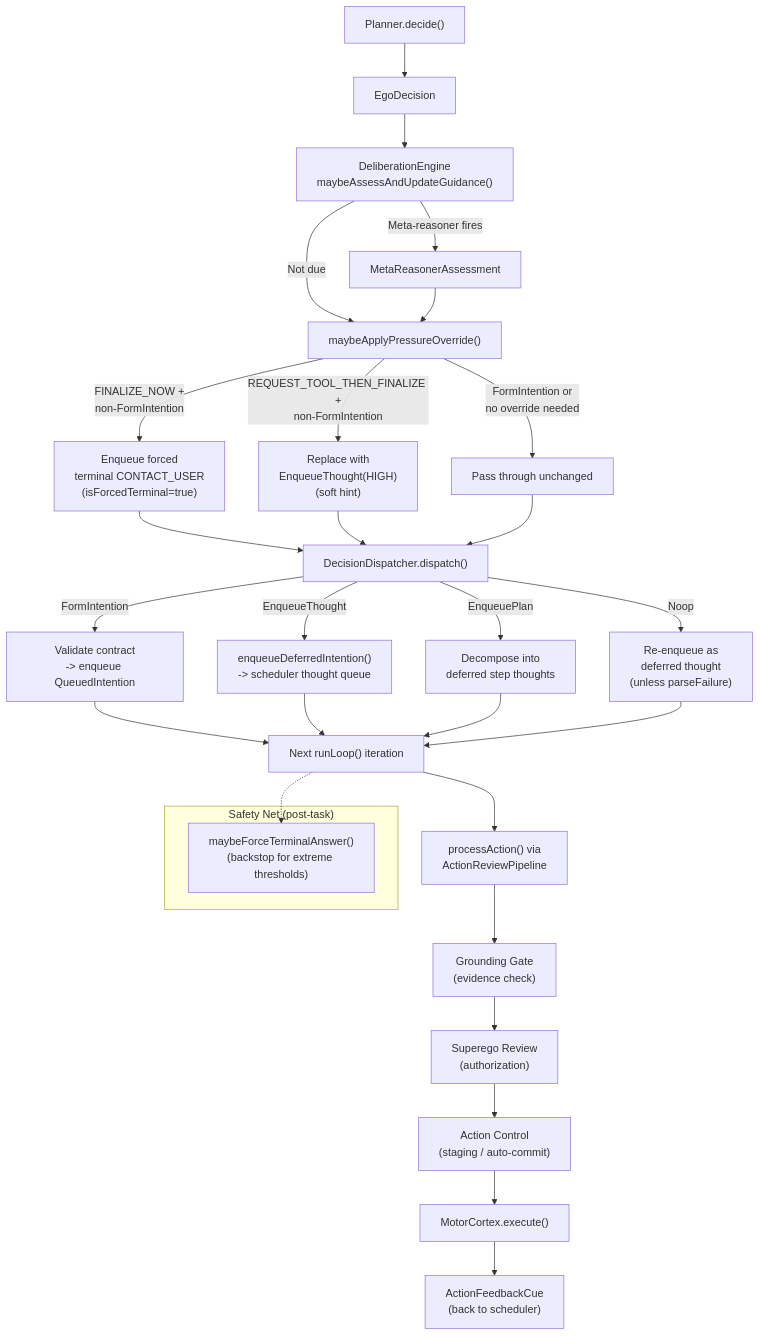
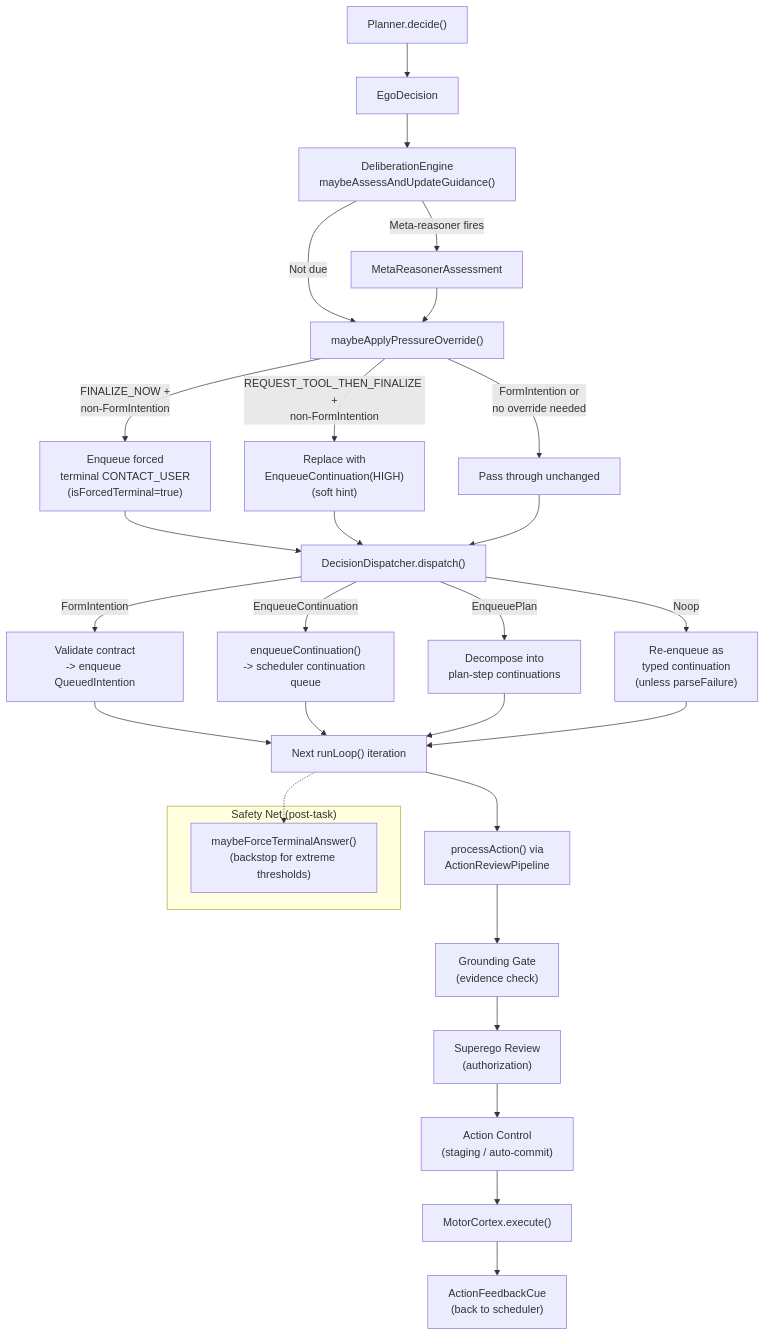
The fourth of 5 diagrams in docs/PLANNER_FLOW_DIAGRAM.md (neopsyke/NeoPsyke), drawn with Mermaid before and after one commit. The commit also changed other lines of this file and 75 other files, not shown here.

Commit message:
refactor(ego): replace deferred intentions with continuations

````diff
--- a/docs/PLANNER_FLOW_DIAGRAM.md
+++ b/docs/PLANNER_FLOW_DIAGRAM.md
@@ -190,45 +193,45 @@
 ```mermaid
 flowchart TB
     planner["Planner.decide()"] --> decision["EgoDecision"]
 
     decision --> meta["DeliberationEngine<br/>maybeAssessAndUpdateGuidance()"]
     meta -->|"Meta-reasoner fires"| assessment["MetaReasonerAssessment"]
     meta -->|"Not due"| override
 
     assessment --> override["maybeApplyPressureOverride()"]
 
     override -->|"FINALIZE_NOW +<br/>non-FormIntention"| forced["Enqueue forced<br/>terminal CONTACT_USER<br/>(isForcedTerminal=true)"]
-    override -->|"REQUEST_TOOL_THEN_FINALIZE +<br/>non-FormIntention"| soft["Replace with<br/>EnqueueThought(HIGH)<br/>(soft hint)"]
+    override -->|"REQUEST_TOOL_THEN_FINALIZE +<br/>non-FormIntention"| soft["Replace with<br/>EnqueueContinuation(HIGH)<br/>(soft hint)"]
     override -->|"FormIntention or<br/>no override needed"| passthrough["Pass through unchanged"]
 
     forced --> dispatch
     soft --> dispatch
     passthrough --> dispatch
 
     dispatch["DecisionDispatcher.dispatch()"]
 
-    dispatch -->|EnqueueThought| enq_thought["enqueueDeferredIntention()<br/>-> scheduler thought queue"]
+    dispatch -->|EnqueueContinuation| enq_thought["enqueueContinuation()<br/>-> scheduler continuation queue"]
     dispatch -->|FormIntention| form["Validate contract<br/>-> enqueue QueuedIntention"]
-    dispatch -->|EnqueuePlan| plan_steps["Decompose into<br/>deferred step thoughts"]
-    dispatch -->|Noop| noop_enq["Re-enqueue as<br/>deferred thought<br/>(unless parseFailure)"]
+    dispatch -->|EnqueuePlan| plan_steps["Decompose into<br/>plan-step continuations"]
+    dispatch -->|Noop| noop_enq["Re-enqueue as<br/>typed continuation<br/>(unless parseFailure)"]
 
     form --> next_loop["Next runLoop() iteration"]
     enq_thought --> next_loop
     plan_steps --> next_loop
     noop_enq --> next_loop
 
     next_loop --> action_review["processAction() via<br/>ActionReviewPipeline"]
 
     action_review --> grounding_gate["Grounding Gate<br/>(evidence check)"]
     grounding_gate --> superego["Superego Review<br/>(authorization)"]
     superego --> action_control["Action Control<br/>(staging / auto-commit)"]
     action_control --> execute["MotorCortex.execute()"]
 
     execute --> feedback_cue["ActionFeedbackCue<br/>(back to scheduler)"]
 
     subgraph safety_net ["Safety Net (post-task)"]
         force_terminal["maybeForceTerminalAnswer()<br/>(backstop for extreme thresholds)"]
     end
 
     next_loop -.-> force_terminal
 ```
````
